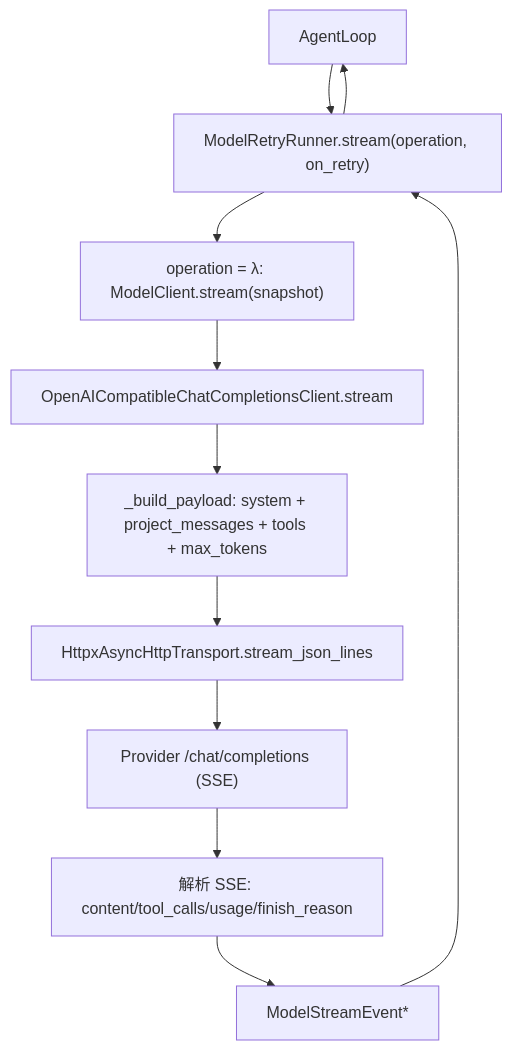
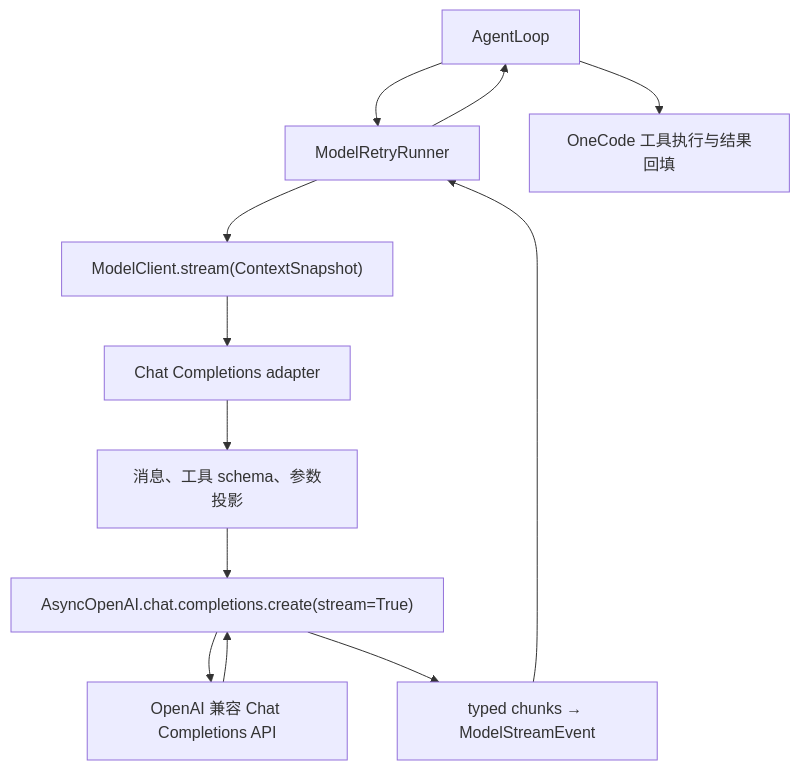
Before and after one commit to EtherealStar/OneCode: the diagram in docs/design-docs/model-provider-architecture.md, drawn with Mermaid. The commit also changed other lines of this file and 18 other files, not shown here.

First line of the commit message:
feat(provider): 由 OpenAI SDK 接管模型流、模型发现与客户端生命周期

````diff
--- a/docs/design-docs/model-provider-architecture.md
+++ b/docs/design-docs/model-provider-architecture.md
@@ -55,13 +50,14 @@
 ```mermaid
 flowchart TD
-  Loop["AgentLoop"] --> Retry["ModelRetryRunner.stream(operation, on_retry)"]
-  Retry --> Op["operation = λ: ModelClient.stream(snapshot)"]
-  Op --> Client["OpenAICompatibleChatCompletionsClient.stream"]
-  Client --> Payload["_build_payload: system + project_messages + tools + max_tokens"]
-  Payload --> Transport["HttpxAsyncHttpTransport.stream_json_lines"]
-  Transport --> Provider["Provider /chat/completions (SSE)"]
-  Provider --> Parse["解析 SSE: content/tool_calls/usage/finish_reason"]
-  Parse --> Events["ModelStreamEvent*"]
-  Events --> Retry
+  Loop["AgentLoop"] --> Retry["ModelRetryRunner"]
+  Retry --> Contract["ModelClient.stream(ContextSnapshot)"]
+  Contract --> Adapter["Chat Completions adapter"]
+  Adapter --> Projection["消息、工具 schema、参数投影"]
+  Projection --> SDK["AsyncOpenAI.chat.completions.create(stream=True)"]
+  SDK --> API["OpenAI 兼容 Chat Completions API"]
+  API --> SDK
+  SDK --> Mapping["typed chunks → ModelStreamEvent"]
+  Mapping --> Retry
   Retry --> Loop
+  Loop --> Tools["OneCode 工具执行与结果回填"]
 ```
````
